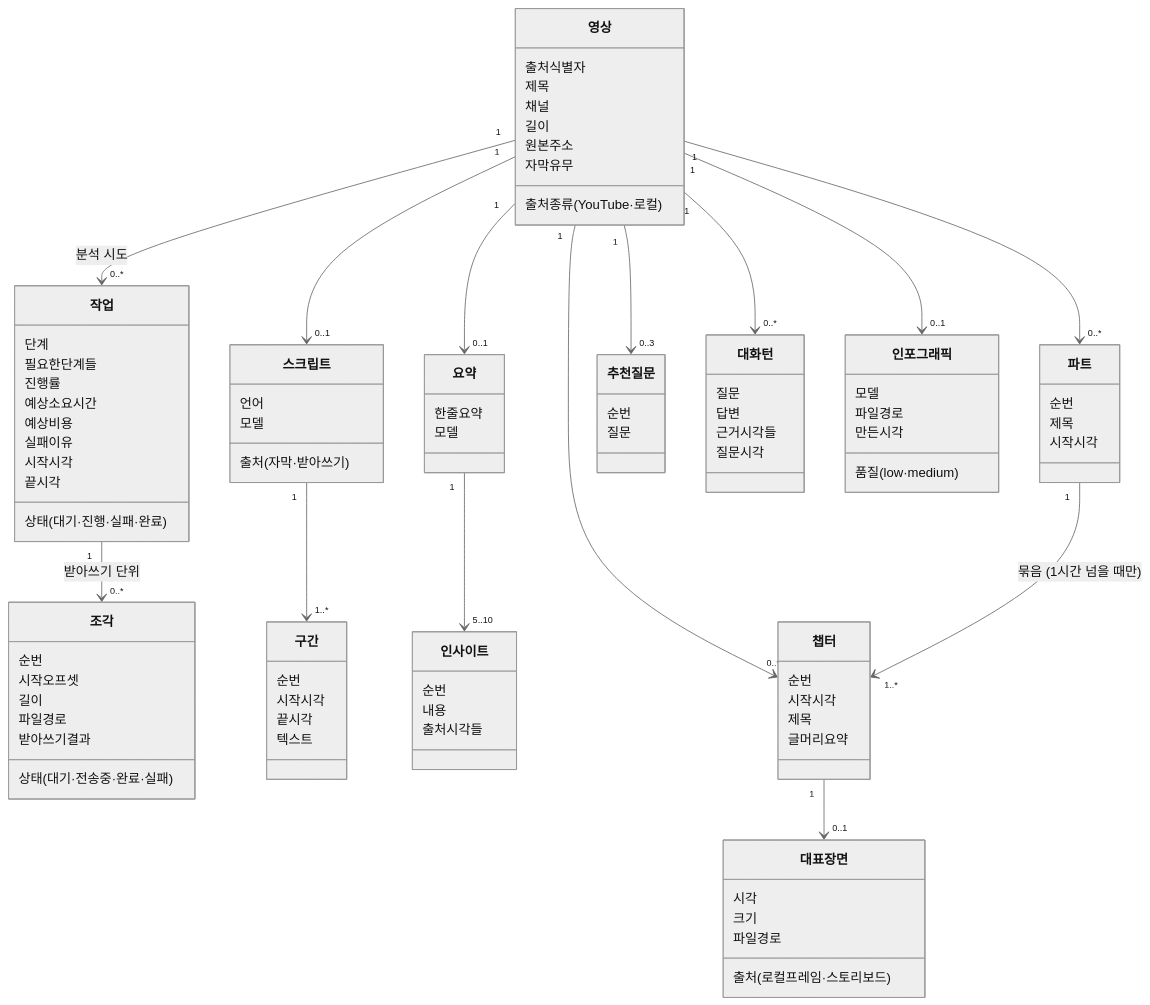
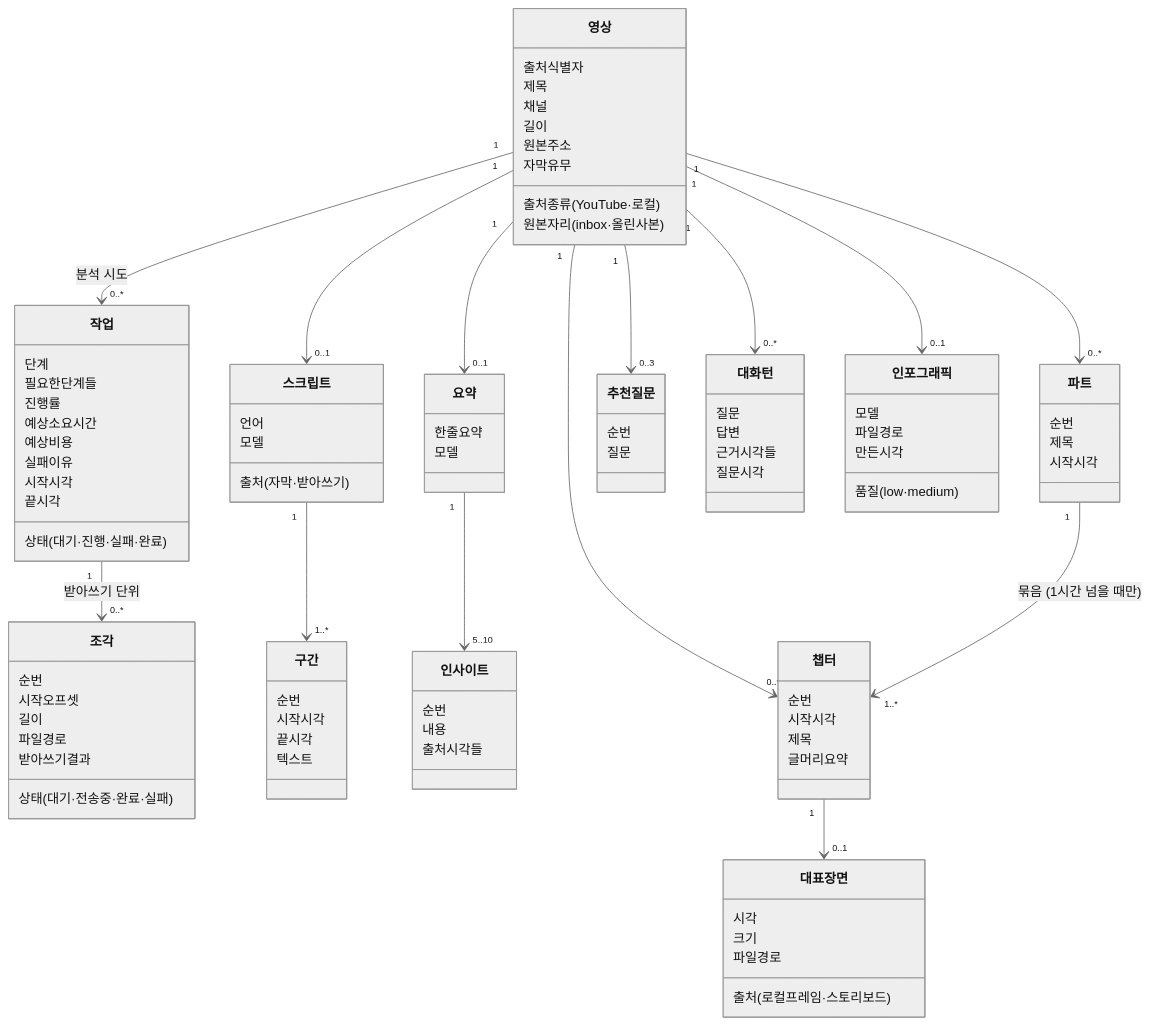
One commit to HoyoungParkme/video-agent changed the diagram in docs/specs/06-DOM/VA-DOM-001.md. Above: the diagram before and after it, drawn with Mermaid (neutral theme). The commit also changed other lines of this file, not shown here.

Commit message:
로컬 파일 올리기 — 영상에 원본 자리(inbox · 올린 사본) 속성, 올린 사본은 개념이 아니라 분석 동안만 있는 임시 파일(끝나면 지움 · 실패면 남김), 경계 video가 사본 수명을 쥔다, 판단 6 사용자 요청 · 결정 2026-09-29(PRD v10 R1 · UC v5 UC-H2 · INFRA v9 C4)

```diff
--- a/docs/specs/06-DOM/VA-DOM-001.md
+++ b/docs/specs/06-DOM/VA-DOM-001.md
@@ -75,6 +76,7 @@
         채널
         길이
         원본주소
+        원본자리 (inbox·올린사본)
         자막유무
     }
     class 작업 {
```
